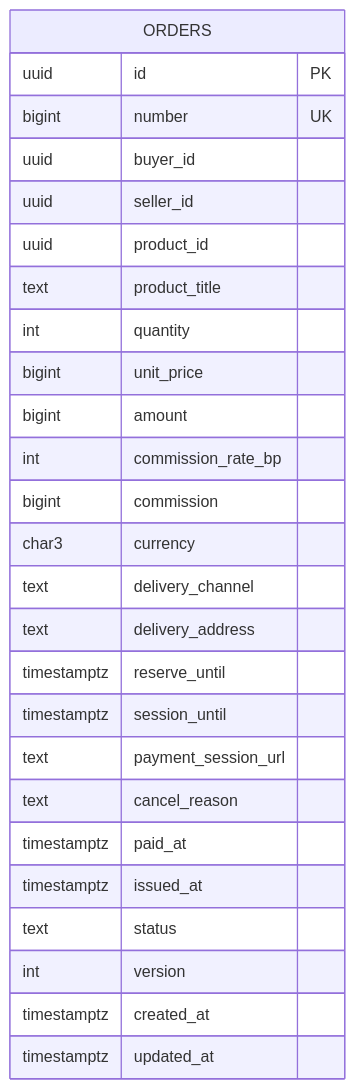
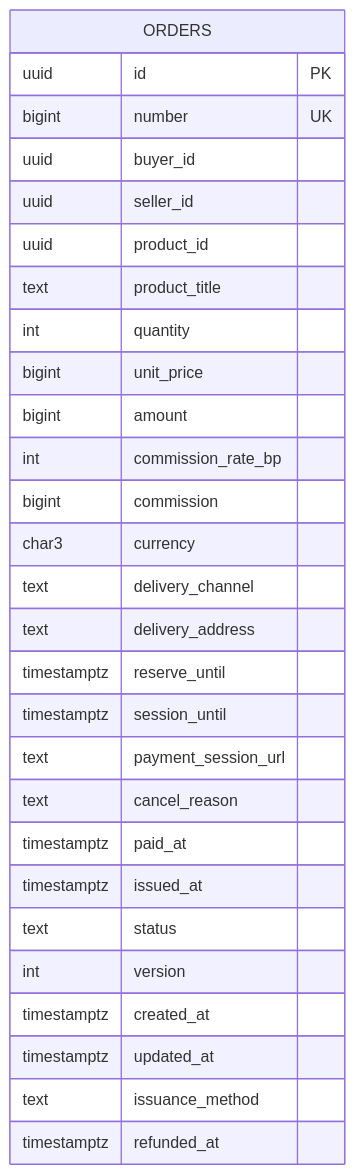
One commit to Lapin143/digital-goods-marketplace changed the diagram in docs/07-data/order-service-schema.md. Above: the diagram before and after it, drawn with Mermaid. The commit also changed other lines of this file and 6 other files, not shown here.

````diff
--- a/docs/07-data/order-service-schema.md
+++ b/docs/07-data/order-service-schema.md
@@ -17,29 +17,31 @@
 ```mermaid
 erDiagram
     ORDERS {
         uuid id PK
         bigint number UK
         uuid buyer_id
         uuid seller_id
         uuid product_id
         text product_title
         int quantity
         bigint unit_price
         bigint amount
         int commission_rate_bp
         bigint commission
         char3 currency
         text delivery_channel
         text delivery_address
         timestamptz reserve_until
         timestamptz session_until
         text payment_session_url
         text cancel_reason
         timestamptz paid_at
         timestamptz issued_at
         text status
         int version
         timestamptz created_at
         timestamptz updated_at
+        text issuance_method
+        timestamptz refunded_at
     }
 ```
````
